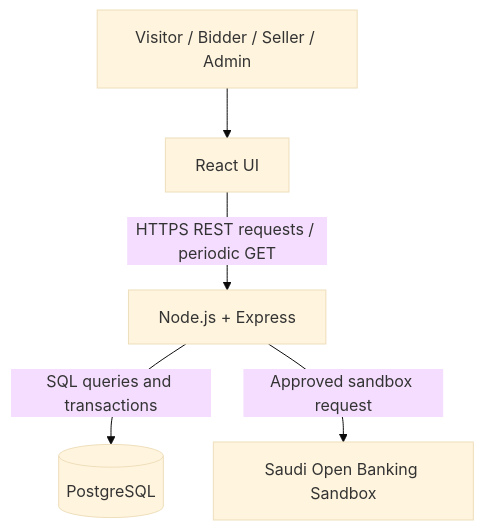
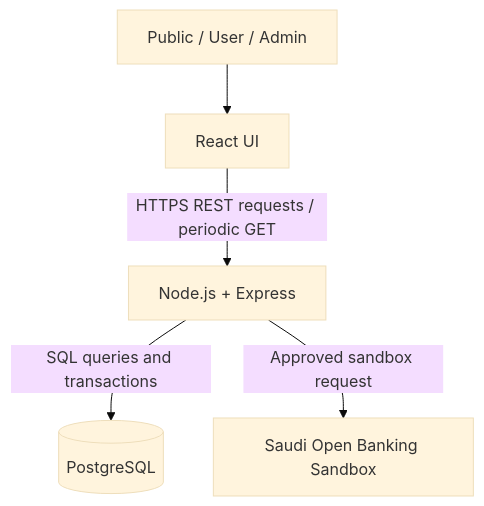
Before and after one commit to Abeerr0/mezyad: the first of 8 diagrams in Stage_3/Report.MD, drawn with Mermaid (base theme). The commit also changed other lines of this file, not shown here.

Commit message:
docs: simplify Mezyad to User and Admin accounts with unified user stories

````diff
--- a/Stage_3/Report.MD
+++ b/Stage_3/Report.MD
@@ -146,7 +81,7 @@
 ```mermaid
 flowchart TD
-  U[Visitor / Bidder / Seller / Admin] --> R[React UI]
+  U[Public / User / Admin] --> R[React UI]
   R -->|HTTPS REST requests / periodic GET| E[Node.js + Express]
   E -->|SQL queries and transactions| P[(PostgreSQL)]
   E -->|Approved sandbox request| B[Saudi Open Banking Sandbox]
 ```
````
